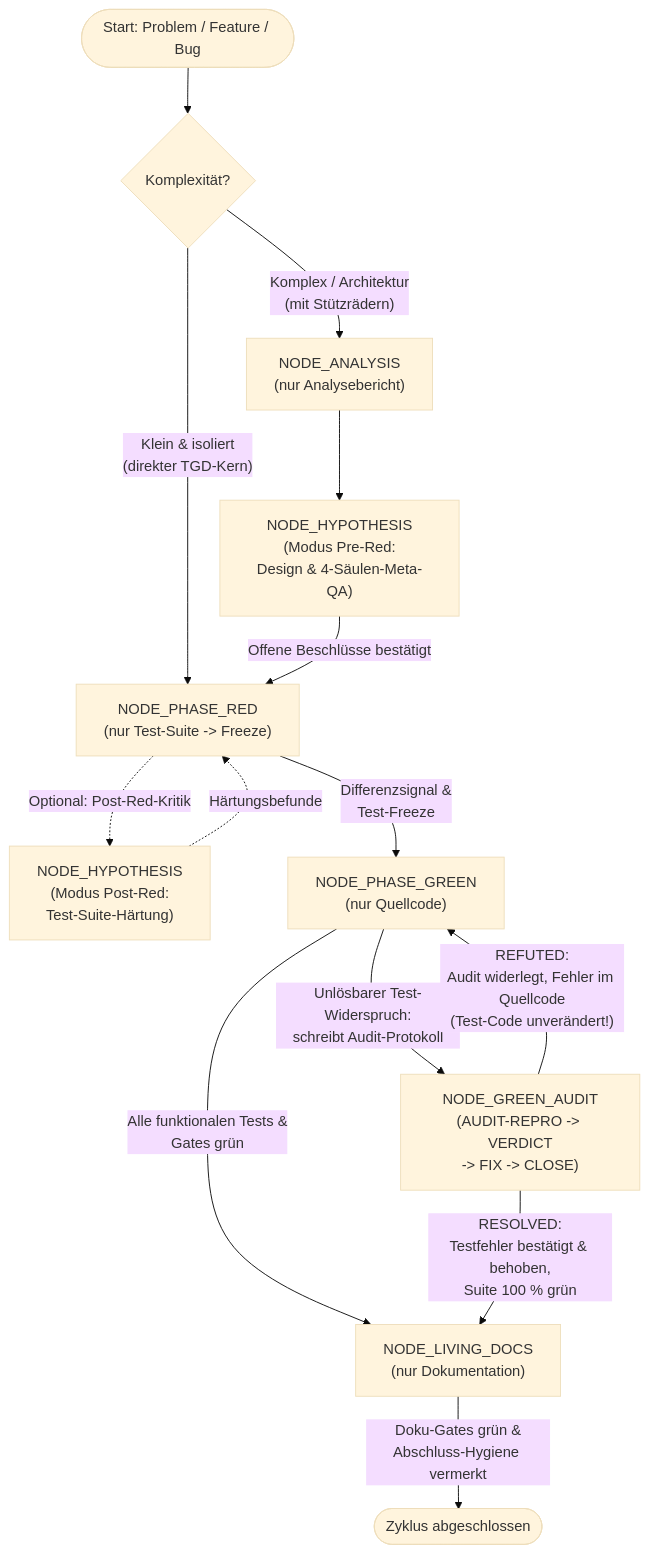
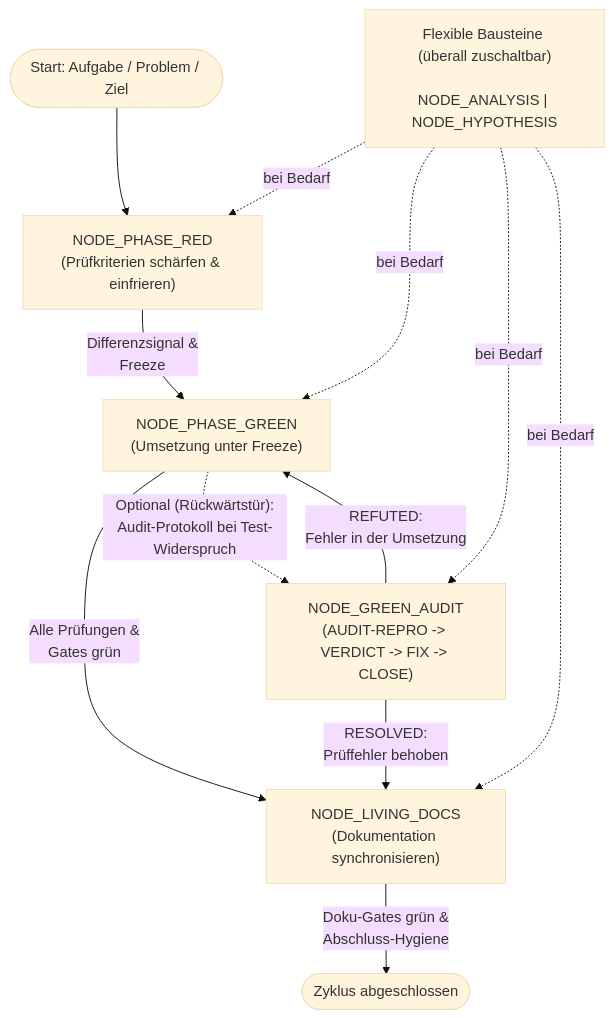
One commit to Chronuid/qb-cubie changed the diagram in docs/tgd/README.md. Above: the diagram before and after it, drawn with Mermaid (base theme). The commit also changed other lines of this file and 2 other files, not shown here.

Commit message:
... slowly but surely - developing the series of TGD-Guides ...

````diff
--- a/docs/tgd/README.md
+++ b/docs/tgd/README.md
@@ -43,22 +43,18 @@
 ```mermaid
 flowchart TD
-    Start(["Start: Problem / Feature / Bug"]) --> Mode{"Komplexität?"}
-    Mode -- "Komplex / Architektur<br/>(mit Stützrädern)" --> A["NODE_ANALYSIS<br/>(nur Analysebericht)"]
-    Mode -- "Klein & isoliert<br/>(direkter TGD-Kern)" --> R["NODE_PHASE_RED<br/>(nur Test-Suite -> Freeze)"]
+    Opt["Flexible Bausteine \n(überall zuschaltbar)\n<br/>NODE_ANALYSIS | NODE_HYPOTHESIS"]
 
-    A --> H["NODE_HYPOTHESIS<br/>(Modus Pre-Red:<br/>Design & 4-Säulen-Meta-QA)"]
-    H -- "Offene Beschlüsse bestätigt" --> R
+    Start(["Start: Aufgabe / Problem / Ziel"]) --> R["NODE_PHASE_RED<br/>(Prüfkriterien schärfen & einfrieren)"]
+    R -- "Differenzsignal &<br/>Freeze" --> G["NODE_PHASE_GREEN<br/>(Umsetzung unter Freeze)"]
+    G -- "Alle Prüfungen &<br/>Gates grün" --> D["NODE_LIVING_DOCS<br/>(Dokumentation synchronisieren)"]
+    D -- "Doku-Gates grün &<br/>Abschluss-Hygiene" --> Done(["Zyklus abgeschlossen"])
 
-    R -. "Optional: Post-Red-Kritik" .-> H2["NODE_HYPOTHESIS<br/>(Modus Post-Red:<br/>Test-Suite-Härtung)"]
-    H2 -. "Härtungsbefunde" .-> R
+    G -. "Optional (Rückwärtstür):<br/>Audit-Protokoll bei Test-Widerspruch" .-> GA["NODE_GREEN_AUDIT<br/>(AUDIT-REPRO -> VERDICT -> FIX -> CLOSE)"]
+    GA -- "RESOLVED:<br/>Prüffehler behoben" --> D
+    GA -- "REFUTED:<br/>Fehler in der Umsetzung" --> G
 
-    R -- "Differenzsignal &<br/>Test-Freeze" --> G["NODE_PHASE_GREEN<br/>(nur Quellcode)"]
-
-    G -- "Alle funktionalen Tests &<br/>Gates grün" --> D["NODE_LIVING_DOCS<br/>(nur Dokumentation)"]
-    G -- "Unlösbarer Test-Widerspruch:<br/>schreibt Audit-Protokoll" --> GA["NODE_GREEN_AUDIT<br/>(AUDIT-REPRO -> VERDICT<br/>-> FIX -> CLOSE)"]
-
-    GA -- "RESOLVED:<br/>Testfehler bestätigt & behoben,<br/>Suite 100 % grün" --> D
-    GA -- "REFUTED:<br/>Audit widerlegt, Fehler im Quellcode<br/>(Test-Code unverändert!)" --> G
-
-    D -- "Doku-Gates grün &<br/>Abschluss-Hygiene vermerkt" --> Done(["Zyklus abgeschlossen"])
+    Opt -. "bei Bedarf" .-> R
+    Opt -. "bei Bedarf" .-> G
+    Opt -. "bei Bedarf" .-> GA
+    Opt -. "bei Bedarf" .-> D
 ```
````
